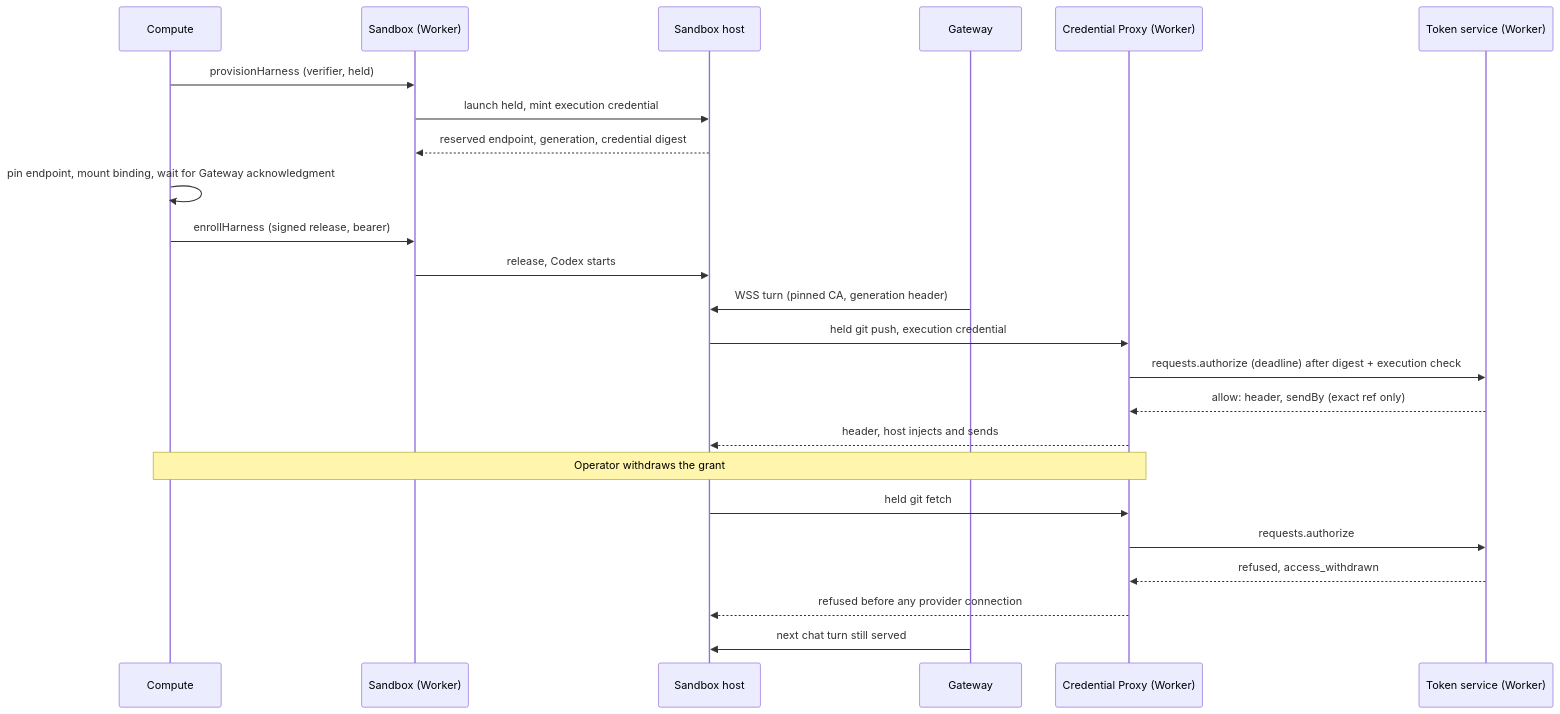
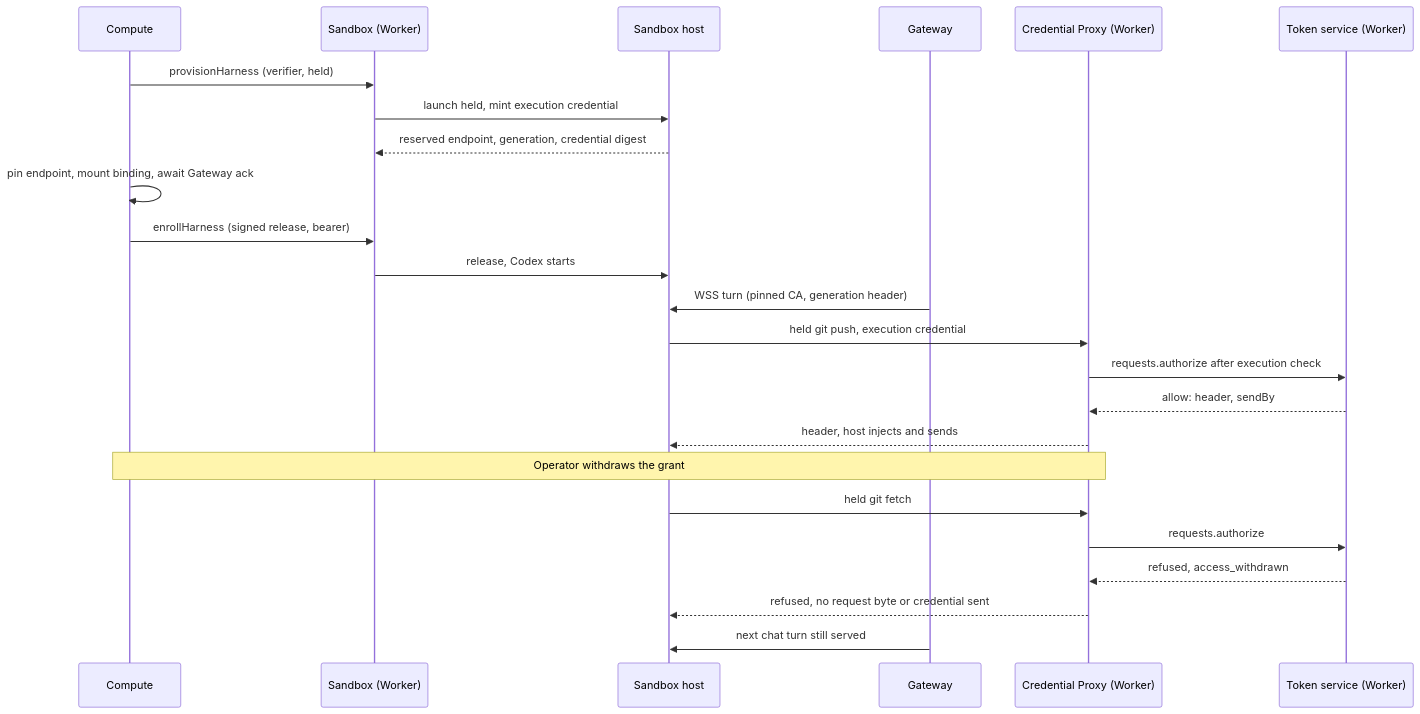
The second of 2 diagrams in specs/rfcs/0040-external-sandbox-driver.md (openclaw/openclaw-enterprise), drawn with Mermaid before and after one commit. The commit also changed other lines of this file, not shown here.

First line of the commit message:
docs(rfc): per-profile github request rules and the no-byte refusal property

````diff
--- a/specs/rfcs/0040-external-sandbox-driver.md
+++ b/specs/rfcs/0040-external-sandbox-driver.md
@@ -192,26 +189,26 @@
 ```mermaid
 sequenceDiagram
   participant C as Compute
   participant S as Sandbox (Worker)
   participant H as Sandbox host
   participant G as Gateway
   participant P as Credential Proxy (Worker)
   participant T as Token service (Worker)
   C->>S: provisionHarness (verifier, held)
   S->>H: launch held, mint execution credential
   H-->>S: reserved endpoint, generation, credential digest
-  C->>C: pin endpoint, mount binding, wait for Gateway acknowledgment
+  C->>C: pin endpoint, mount binding, await Gateway ack
   C->>S: enrollHarness (signed release, bearer)
   S->>H: release, Codex starts
   G->>H: WSS turn (pinned CA, generation header)
   H->>P: held git push, execution credential
-  P->>T: requests.authorize (deadline) after digest + execution check
-  T-->>P: allow: header, sendBy (exact ref only)
+  P->>T: requests.authorize after execution check
+  T-->>P: allow: header, sendBy
   P-->>H: header, host injects and sends
   Note over C,P: Operator withdraws the grant
   H->>P: held git fetch
   P->>T: requests.authorize
   T-->>P: refused, access_withdrawn
-  P-->>H: refused before any provider connection
+  P-->>H: refused, no request byte or credential sent
   G->>H: next chat turn still served
 ```
````
